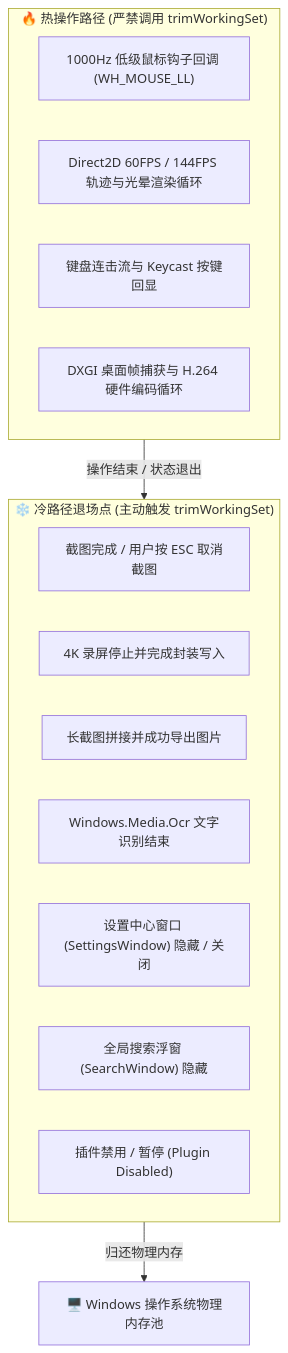
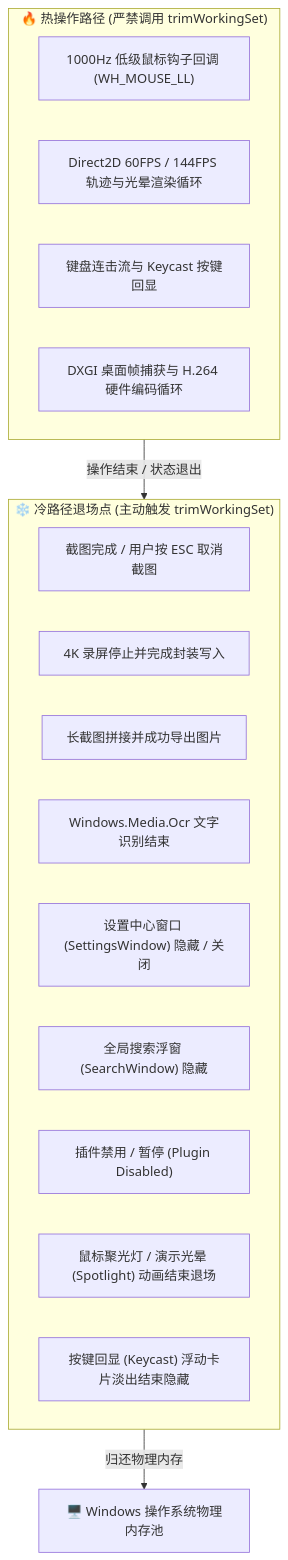
The diagram in docs/performance-tuning.md (yuan278501381/EasyTools), drawn with Mermaid before and after one commit. The commit also changed 2 other files, not shown here.

Commit message:
补全按键回显与演示特效冷路径内存收缩管线，同步性能调优基准文档
💼 业务角度:
- 在按键回显 (Keycast) 动画淡出结束和插件注销退场时，主动释放 Direct2D 与位图对象并触发工作集物理内存归还。
- 确保击键演示期间 60FPS 丝滑无微卡顿，而在日常静默常驻时占用极致轻量，实现 0 CPU 与低至 50MB 级内存基准。
- 更新性能调优文档 (performance-tuning.md)，将聚光灯与按键回显完整纳入冷路径物理内存治理体系。

🔧 技术角度:
- 在 KeycastOverlay::wndProc 动画终止（finished 分支）中调用 discardResources() 并执行 easy::core::WinUtils::trimWorkingSet()。
- 在 KeycastPlugin::shutdown 生命周期钩子中引入 WinUtils.h 并执行工作集修剪。
- 遵循冷路径修剪与热路径绝不修剪原则，通过全量单元测试与打包发布验证。

````diff
--- a/docs/performance-tuning.md
+++ b/docs/performance-tuning.md
@@ -56,22 +56,24 @@
 ```mermaid
 flowchart TD
     subgraph HotPath["🔥 热操作路径 (严禁调用 trimWorkingSet)"]
         H1["1000Hz 低级鼠标钩子回调 (WH_MOUSE_LL)"]
         H2["Direct2D 60FPS / 144FPS 轨迹与光晕渲染循环"]
         H3["键盘连击流与 Keycast 按键回显"]
         H4["DXGI 桌面帧捕获与 H.264 硬件编码循环"]
     end
 
     subgraph ColdPath["❄️ 冷路径退场点 (主动触发 trimWorkingSet)"]
         C1["截图完成 / 用户按 ESC 取消截图"]
         C2["4K 录屏停止并完成封装写入"]
         C3["长截图拼接并成功导出图片"]
         C4["Windows.Media.Ocr 文字识别结束"]
         C5["设置中心窗口 (SettingsWindow) 隐藏 / 关闭"]
         C6["全局搜索浮窗 (SearchWindow) 隐藏"]
         C7["插件禁用 / 暂停 (Plugin Disabled)"]
+        C8["鼠标聚光灯 / 演示光晕 (Spotlight) 动画结束退场"]
+        C9["按键回显 (Keycast) 浮动卡片淡出结束隐藏"]
     end
 
     HotPath -->|操作结束 / 状态退出| ColdPath
     ColdPath -->|归还物理内存| OS["🖥️ Windows 操作系统物理内存池"]
 ```
````
